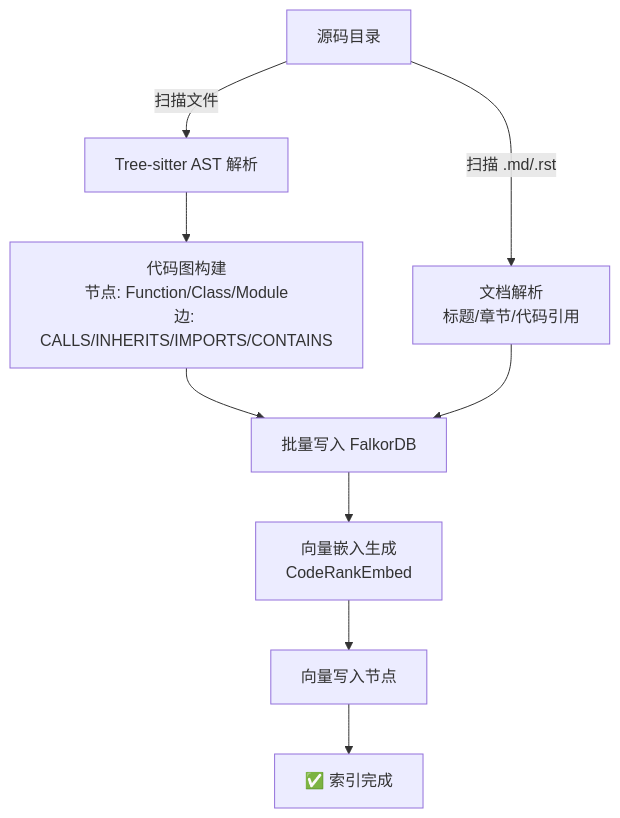
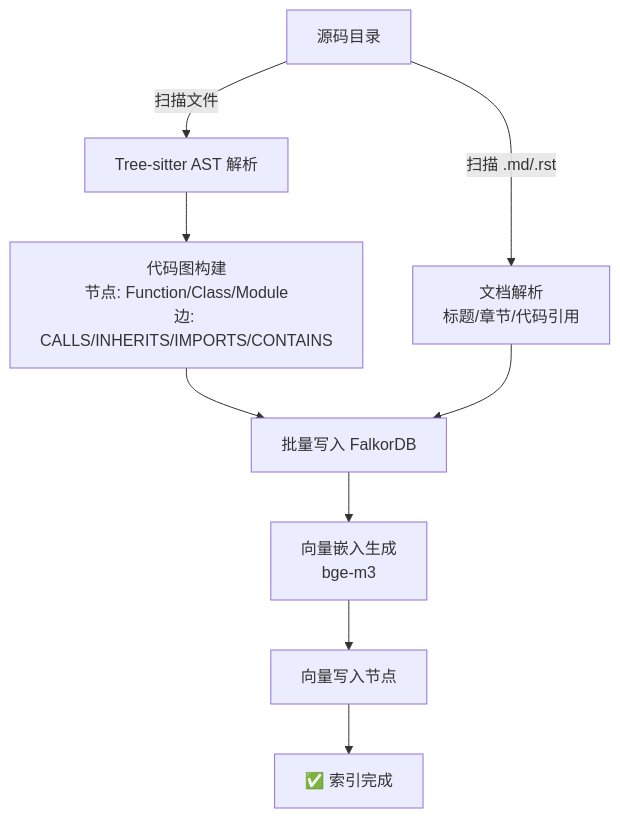
The first of 2 diagrams in README.md (EarthChen/knowledge-base-service), drawn with Mermaid before and after one commit. The commit also changed other lines of this file and 19 other files, not shown here.

````diff
--- a/README.md
+++ b/README.md
@@ -35,11 +35,11 @@
 ```mermaid
 graph TD
     A[源码目录] -->|扫描文件| B[Tree-sitter AST 解析]
     B --> C[代码图构建<br/>节点: Function/Class/Module<br/>边: CALLS/INHERITS/IMPORTS/CONTAINS]
     A -->|扫描 .md/.rst| D[文档解析<br/>标题/章节/代码引用]
     C --> E[批量写入 FalkorDB]
     D --> E
-    E --> F[向量嵌入生成<br/>CodeRankEmbed]
+    E --> F[向量嵌入生成<br/>bge-m3]
     F --> G[向量写入节点]
     G --> H[✅ 索引完成]
 ```
````
